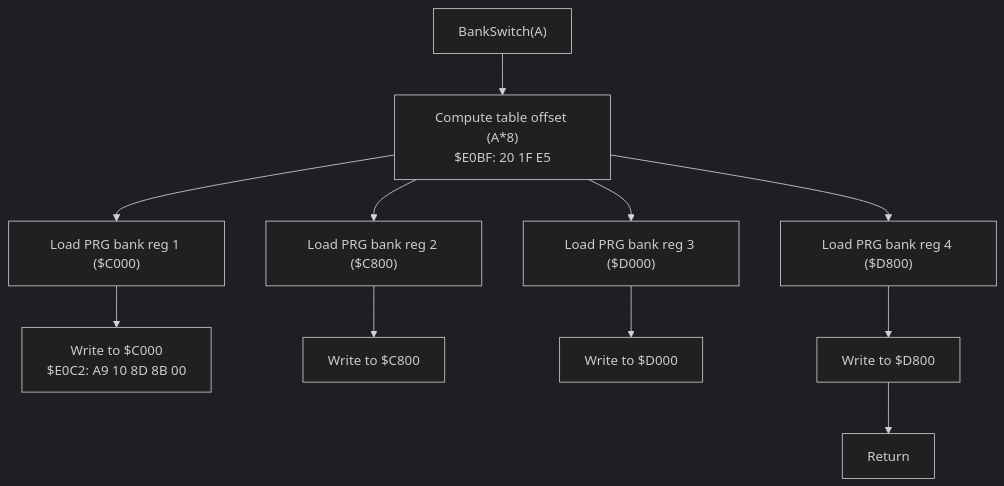
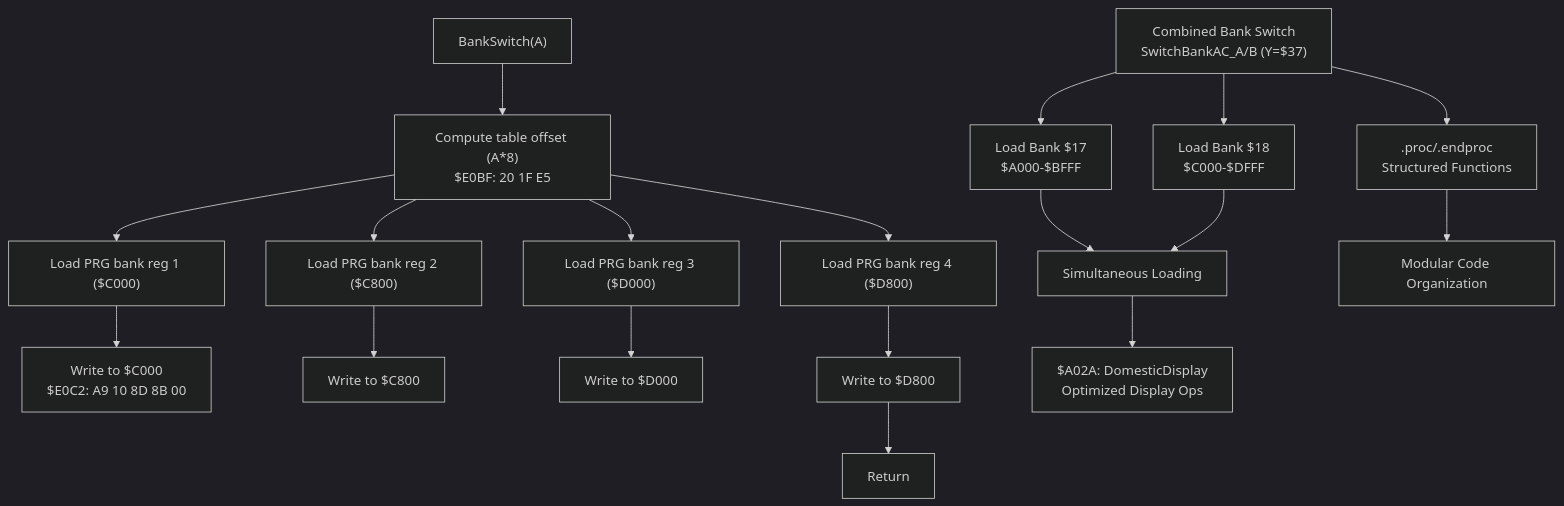
The seventh of 10 diagrams in .qoder/repowiki/en/content/Assembly Architecture/Assembly Architecture.md (rabbyzero/sango2dasm), drawn with Mermaid (dark theme) before and after one commit. The commit also changed other lines of this file and 20 other files, not shown here.

````diff
--- a/.qoder/repowiki/en/content/Assembly Architecture/Assembly Architecture.md
+++ b/.qoder/repowiki/en/content/Assembly Architecture/Assembly Architecture.md
@@ -254,13 +324,20 @@
 ```mermaid
 flowchart TD
 CALL["BankSwitch(A)"] --> TABLEIDX["Compute table offset (A*8)<br/>$E0BF: 20 1F E5"]
 TABLEIDX --> LOAD1["Load PRG bank reg 1 ($C000)"]
 LOAD1 --> WRITE1["Write to $C000<br/>$E0C2: A9 10 8D 8B 00"]
 TABLEIDX --> LOAD2["Load PRG bank reg 2 ($C800)"]
 LOAD2 --> WRITE2["Write to $C800"]
 TABLEIDX --> LOAD3["Load PRG bank reg 3 ($D000)"]
 LOAD3 --> WRITE3["Write to $D000"]
 TABLEIDX --> LOAD4["Load PRG bank reg 4 ($D800)"]
 LOAD4 --> WRITE4["Write to $D800"]
 WRITE4 --> DONE["Return"]
+COMBINED["Combined Bank Switch<br/>SwitchBankAC_A/B (Y=$37)"] --> BANKA["Load Bank $17<br/>$A000-$BFFF"]
+COMBINED --> BANKB["Load Bank $18<br/>$C000-$DFFF"]
+BANKA --> SIMULTANEOUS["Simultaneous Loading"]
+BANKB --> SIMULTANEOUS
+SIMULTANEOUS --> OPTIMIZED["$A02A: DomesticDisplay<br/>Optimized Display Ops"]
+PROC[".proc/.endproc<br/>Structured Functions"] --> ORGANIZATION["Modular Code Organization"]
+COMBINED --> PROC
 ```
````
